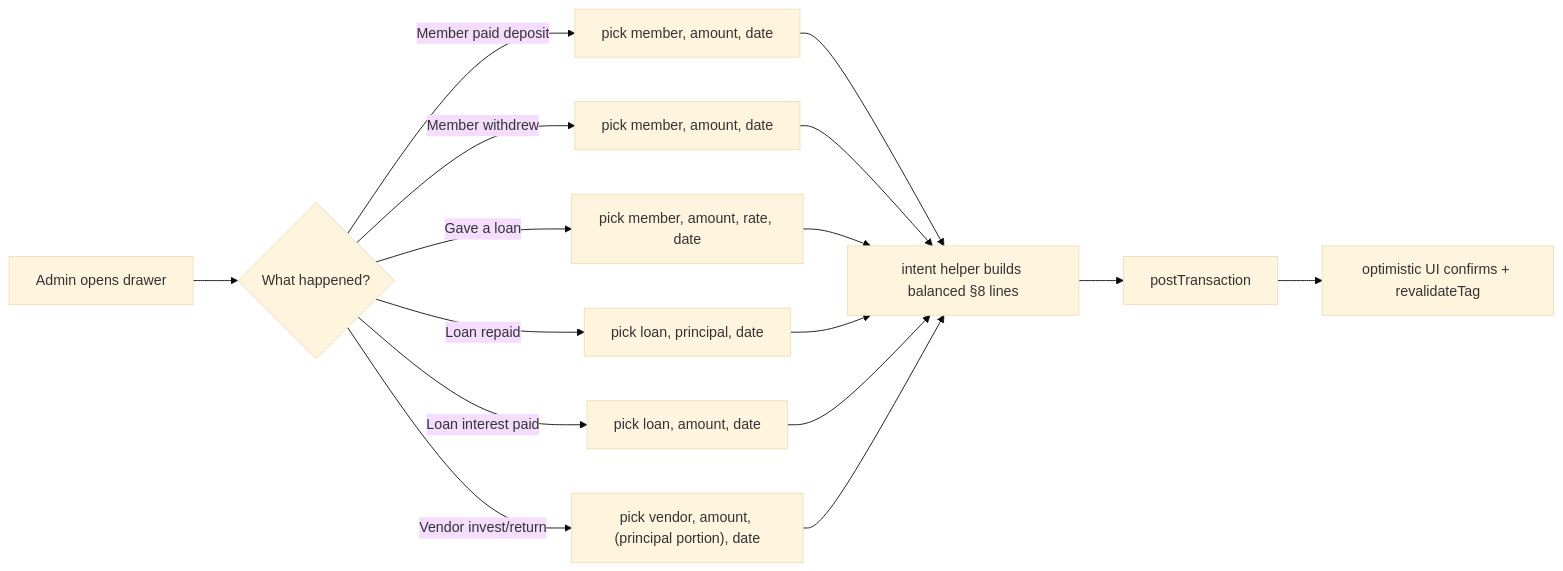
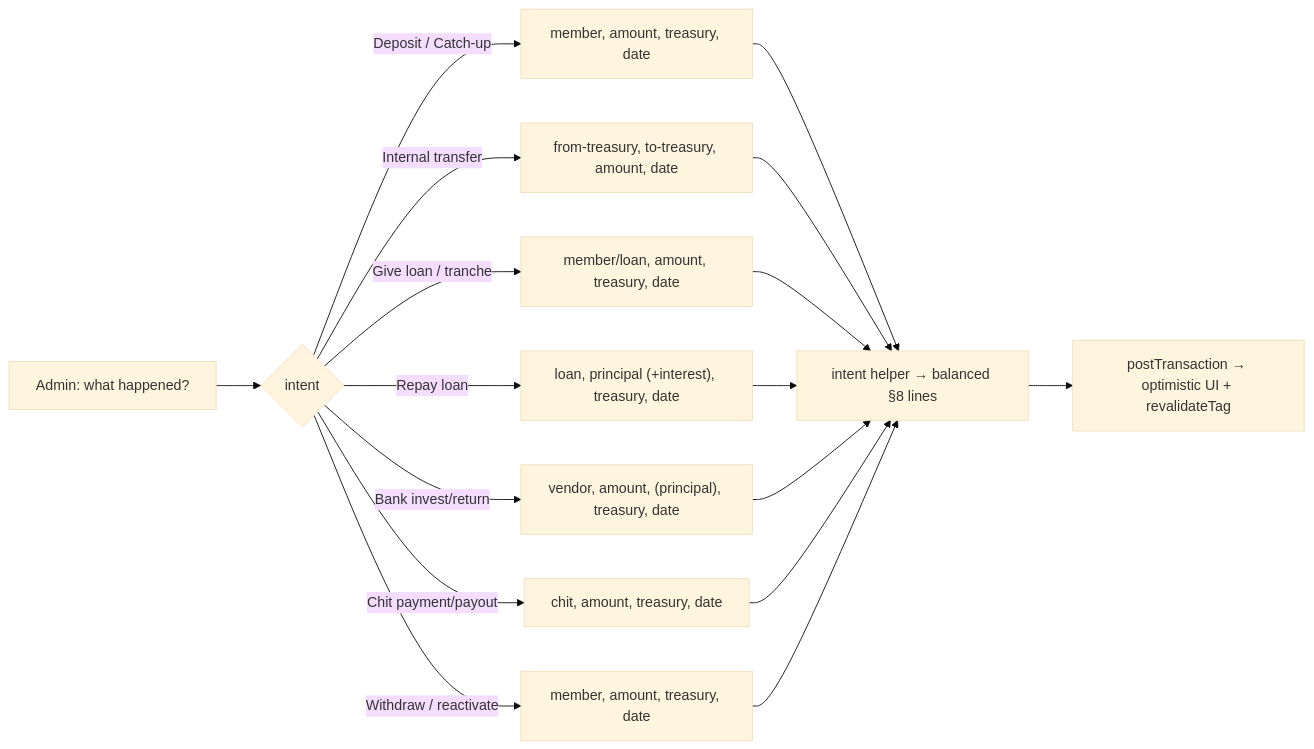
Before and after one commit to iam-hussain/peacock: the sixth of 7 diagrams in docs/IMPLEMENTATION_PLAN.md, drawn with Mermaid (base theme). The commit also changed other lines of this file, not shown here.

````diff
--- a/docs/IMPLEMENTATION_PLAN.md
+++ b/docs/IMPLEMENTATION_PLAN.md
@@ -1088,13 +1031,12 @@
 ```mermaid
 flowchart LR
-  A["Admin opens drawer"] --> B{"What happened?"}
-  B -->|Member paid deposit| C["pick member, amount, date"]
-  B -->|Member withdrew| D["pick member, amount, date"]
-  B -->|Gave a loan| E["pick member, amount, rate, date"]
-  B -->|Loan repaid| F["pick loan, principal, date"]
-  B -->|Loan interest paid| G["pick loan, amount, date"]
-  B -->|Vendor invest/return| H["pick vendor, amount, (principal portion), date"]
-  C & D & E & F & G & H --> I["intent helper builds balanced §8 lines"]
-  I --> J["postTransaction"]
-  J --> K["optimistic UI confirms + revalidateTag"]
+  A["Admin: what happened?"] --> B{intent}
+  B -->|Deposit / Catch-up| C["member, amount, treasury, date"]
+  B -->|Internal transfer| D["from-treasury, to-treasury, amount, date"]
+  B -->|Give loan / tranche| E["member/loan, amount, treasury, date"]
+  B -->|Repay loan| F["loan, principal (+interest), treasury, date"]
+  B -->|Bank invest/return| G["vendor, amount, (principal), treasury, date"]
+  B -->|Chit payment/payout| H["chit, amount, treasury, date"]
+  B -->|Withdraw / reactivate| I["member, amount, treasury, date"]
+  C & D & E & F & G & H & I --> J["intent helper → balanced §8 lines"] --> K["postTransaction → optimistic UI + revalidateTag"]
 ```
````
